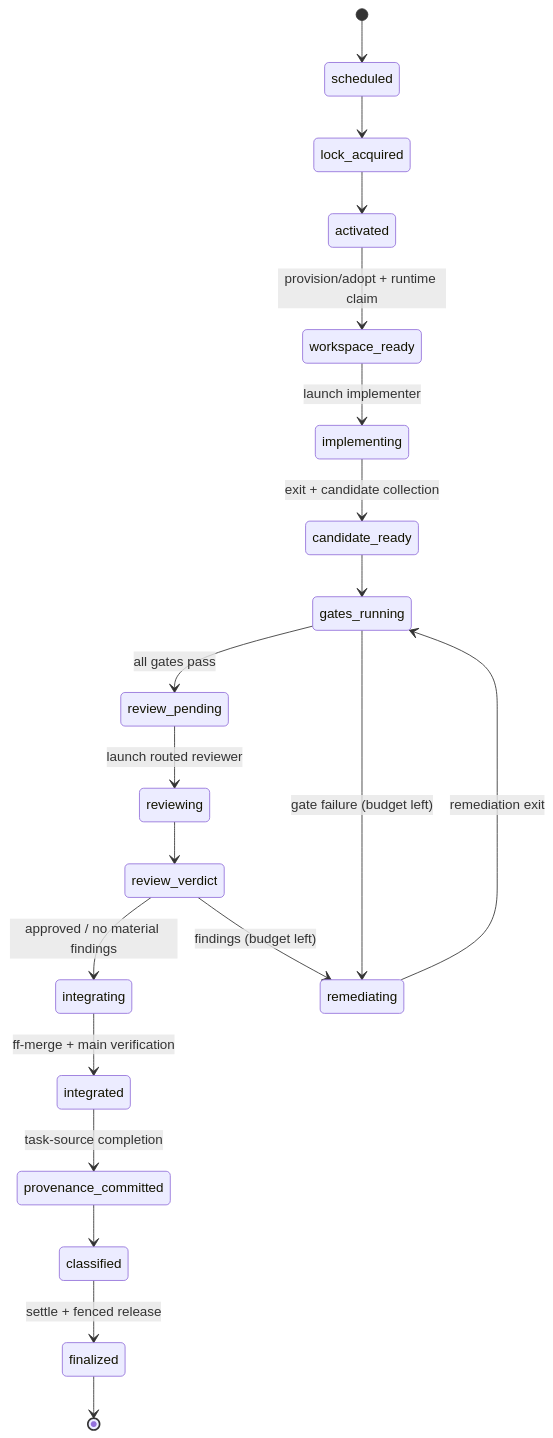
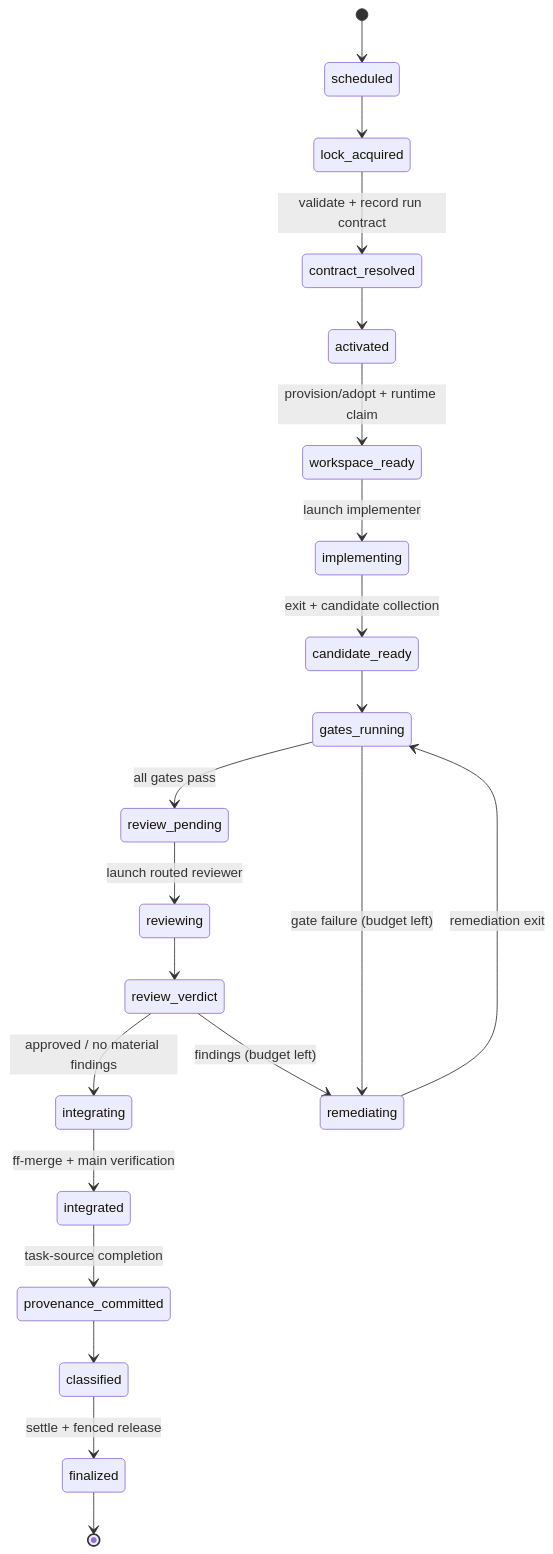
The diagram in docs/deterministic-run-orchestration.md (ei-grad/vibe-loop), drawn with Mermaid before and after one commit. The commit also changed other lines of this file and 2 other files, not shown here.

````diff
--- a/docs/deterministic-run-orchestration.md
+++ b/docs/deterministic-run-orchestration.md
@@ -126,22 +126,23 @@
 ```mermaid
 stateDiagram-v2
     [*] --> scheduled
     scheduled --> lock_acquired
-    lock_acquired --> activated
+    lock_acquired --> contract_resolved : validate + record run contract
+    contract_resolved --> activated
     activated --> workspace_ready : provision/adopt + runtime claim
     workspace_ready --> implementing : launch implementer
     implementing --> candidate_ready : exit + candidate collection
     candidate_ready --> gates_running
     gates_running --> review_pending : all gates pass
     gates_running --> remediating : gate failure (budget left)
     review_pending --> reviewing : launch routed reviewer
     reviewing --> review_verdict
     review_verdict --> integrating : approved / no material findings
     review_verdict --> remediating : findings (budget left)
     remediating --> gates_running : remediation exit
     integrating --> integrated : ff-merge + main verification
     integrated --> provenance_committed : task-source completion
     provenance_committed --> classified
     classified --> finalized : settle + fenced release
     finalized --> [*]
 ```
````
